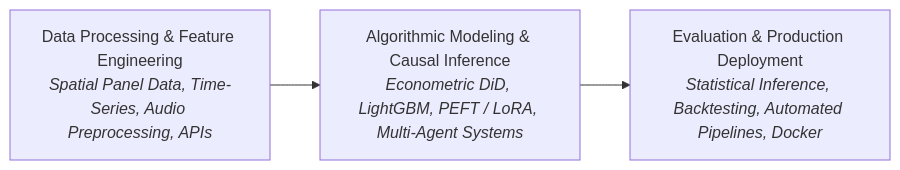
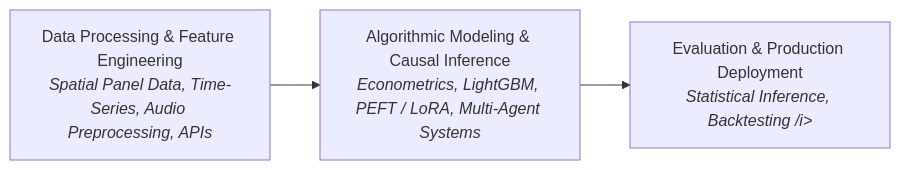
One commit to lucaneviani/lucaneviani changed the diagram in README.md. Above: the diagram before and after it, drawn with Mermaid. The commit also changed other lines of this file, not shown here.

````diff
--- a/README.md
+++ b/README.md
@@ -38,5 +159,5 @@
 ```mermaid
 flowchart LR
-    A["Data Processing & Feature Engineering<br><i>Spatial Panel Data, Time-Series, Audio Preprocessing, APIs</i>"] --> B["Algorithmic Modeling & Causal Inference<br><i>Econometric DiD, LightGBM, PEFT / LoRA, Multi-Agent Systems</i>"]
-    B --> C["Evaluation & Production Deployment<br><i>Statistical Inference, Backtesting, Automated Pipelines, Docker</i>"]
+    A["Data Processing & Feature Engineering<br><i>Spatial Panel Data, Time-Series, Audio Preprocessing, APIs</i>"] --> B["Algorithmic Modeling & Causal Inference<br><i>Econometrics, LightGBM, PEFT / LoRA, Multi-Agent Systems</i>"]
+    B --> C["Evaluation & Production Deployment<br><i>Statistical Inference, Backtesting /i>"]
 ```
````
